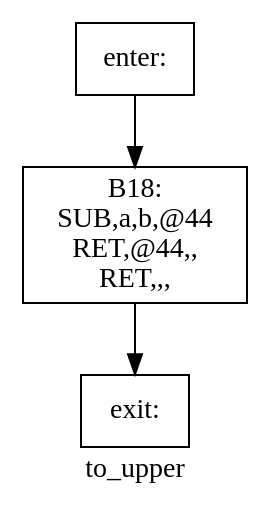
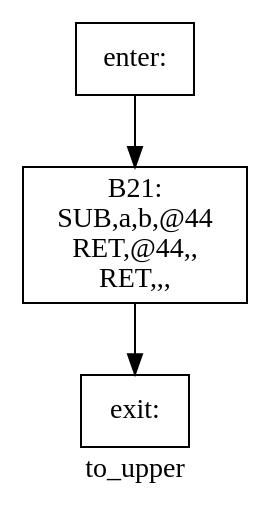
Before and after one commit to yifan123/Compiler: the diagram in Compiler/basic_block/dot/to_upper.dot, drawn with Graphviz. The commit also changed 157 other files, not shown here.

Commit message:
整个编译器已经完工，优化已做了： 1. 常量折叠 2. 划分基本块并使用graphviz绘制控制流图 3. 在parser时直接将所有常量的值计算出来 4. 到达定义分析，计算d-u链和活跃变量分析 5. 构建冲突图，图着色（这个可能还有bug） 6. 错误处理，错误skip，错误打印 接下来准备做： 1. 全局寄存器分配

```diff
--- a/Compiler/basic_block/dot/to_upper.dot
+++ b/Compiler/basic_block/dot/to_upper.dot
@@ -1,8 +1,8 @@
 digraph to_upper{
 label =to_upper
-B18[label="B18:\nSUB,a,b,@44\nRET,@44,,\nRET,,,\n" shape=box]
+B21[label="B21:\nSUB,a,b,@44\nRET,@44,,\nRET,,,\n" shape=box]
 enter[label="enter:\n" shape=box]
 exit[label="exit:\n" shape=box]
-B18->exit
-enter->B18
+B21->exit
+enter->B21
 }
```
